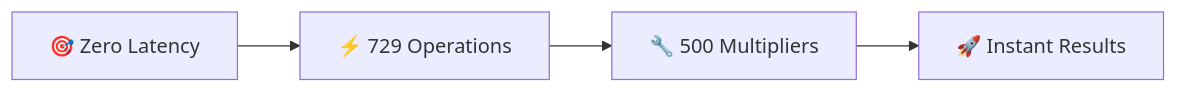
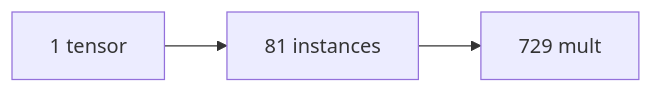
The sixth of 10 diagrams in src/tensor/README.md (jalcim/logilib), drawn with Mermaid before and after one commit. The commit also changed other lines of this file and 1 other file, not shown here.

Commit message:
litle mermaid

````diff
--- a/src/tensor/README.md
+++ b/src/tensor/README.md
@@ -131,7 +104,5 @@
 ```mermaid
 graph LR
-    A[🎯 Zero Latency] --> B[⚡ 729 Operations]
-    B --> C[🔧 500 Multipliers]
-    C --> D[🚀 Instant Results]
-
+    A[1 tensor] --> B[81 instances]
+    B --> C[729 mult]
 ```
````
